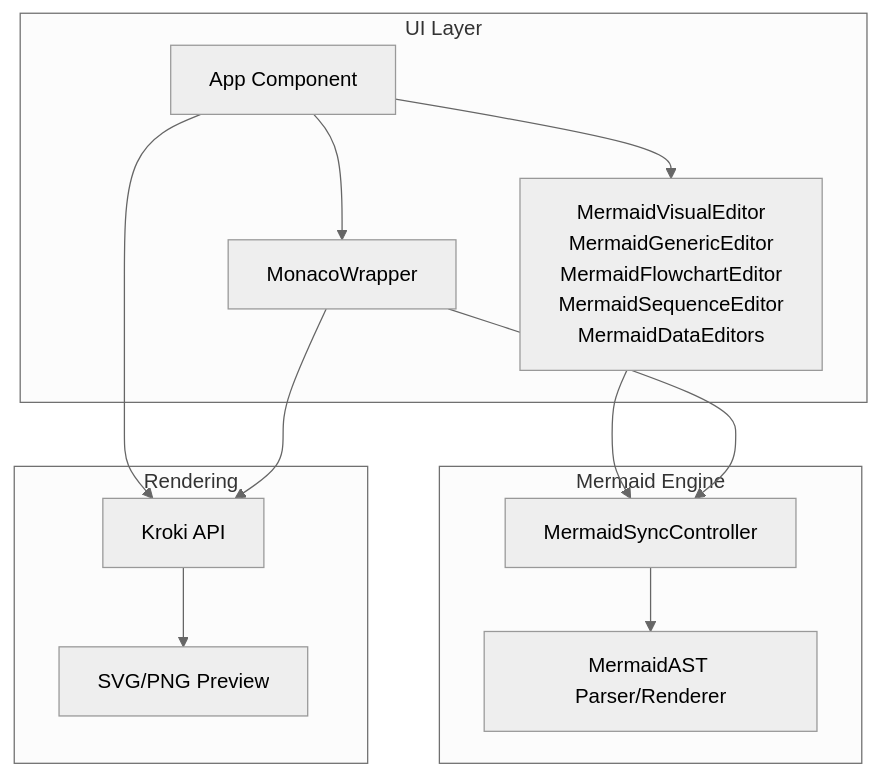
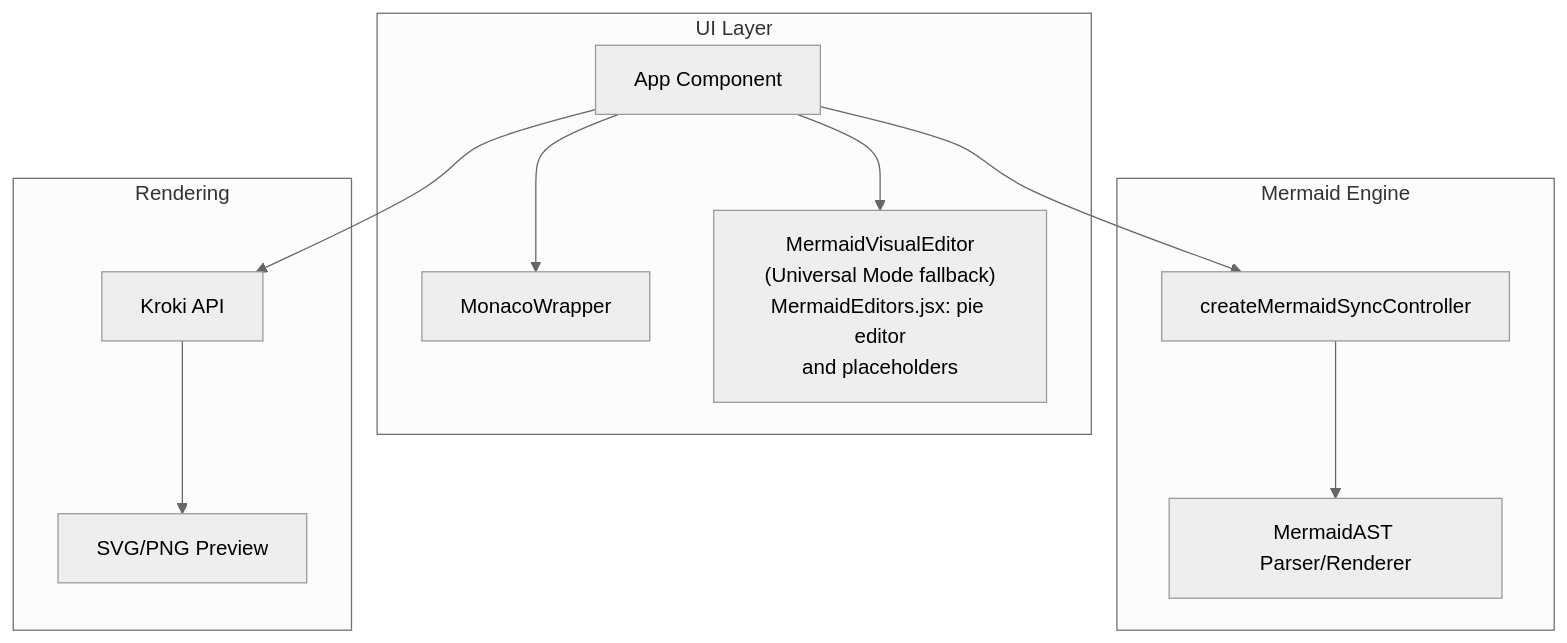
Before and after one commit to ongchonghian/universal-diagram-editor: the first of 6 diagrams in .qoder/repowiki/en/content/Diagram Types and Formats/Mermaid Diagrams/Mermaid Diagrams.md, drawn with Mermaid (neutral theme). The commit also changed other lines of this file and 31 other files, not shown here.

````diff
--- a/.qoder/repowiki/en/content/Diagram Types and Formats/Mermaid Diagrams/Mermaid Diagrams.md
+++ b/.qoder/repowiki/en/content/Diagram Types and Formats/Mermaid Diagrams/Mermaid Diagrams.md
@@ -44,24 +42,22 @@
 ```mermaid
 graph TB
 subgraph "UI Layer"
 App["App Component"]
 Monaco["MonacoWrapper"]
-Editors["MermaidVisualEditor<br/>MermaidGenericEditor<br/>MermaidFlowchartEditor<br/>MermaidSequenceEditor<br/>MermaidDataEditors"]
+Editors["MermaidVisualEditor<br/>(Universal Mode fallback)<br/>MermaidEditors.jsx: pie editor<br/>and placeholders"]
 end
 subgraph "Mermaid Engine"
 AST["MermaidAST Parser/Renderer"]
-Sync["MermaidSyncController"]
+Sync["createMermaidSyncController"]
 end
 subgraph "Rendering"
 Kroki["Kroki API"]
 Preview["SVG/PNG Preview"]
 end
 App --> Monaco
 App --> Editors
-Editors --> Sync
+App --> Sync
 Sync --> AST
-Monaco --> Sync
 App --> Kroki
 Kroki --> Preview
-Monaco --> Kroki
 ```
````
